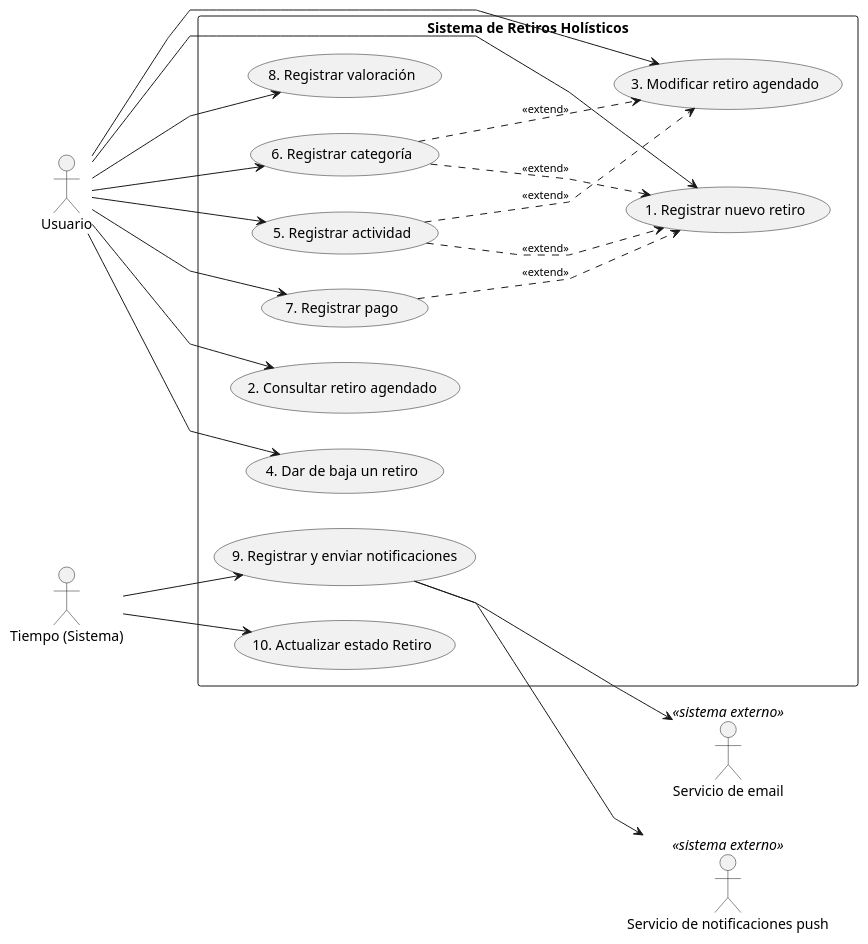
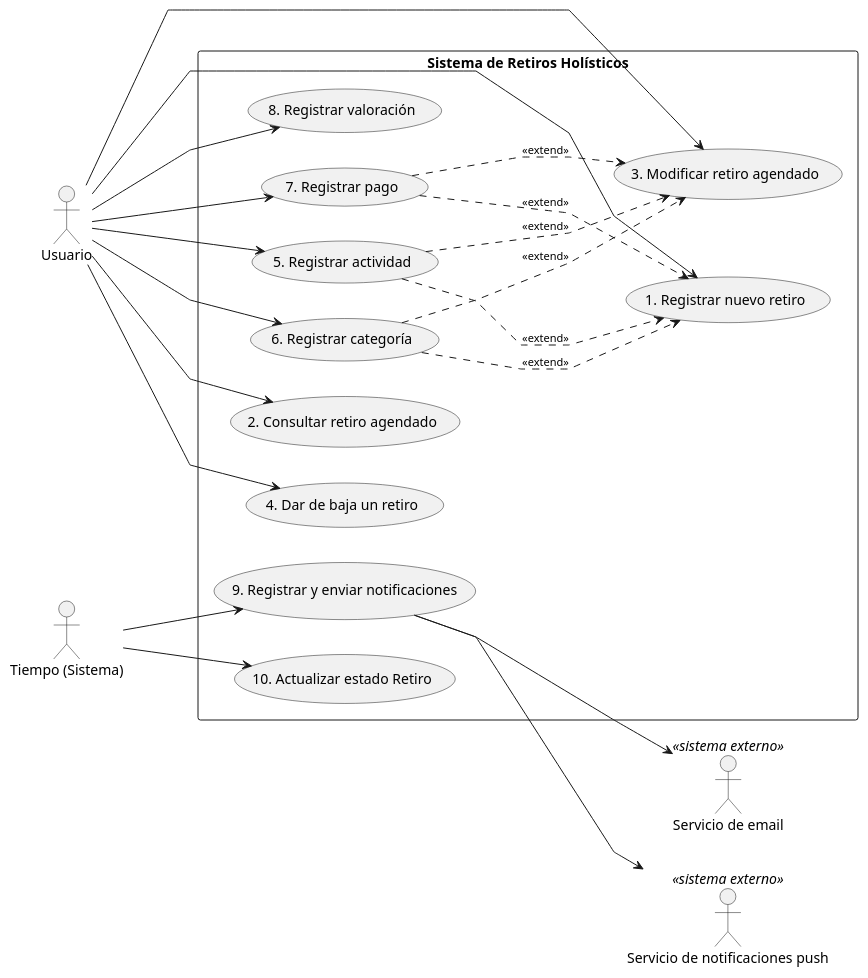
The diagram in Entrega Final/diagramaCU.puml (agustinborg-66/TPI-ASI---2026), drawn with PlantUML before and after one commit. The commit also changed 2 other files, not shown here.

```diff
--- a/Entrega Final/diagramaCU.puml
+++ b/Entrega Final/diagramaCU.puml
@@ -1,50 +1,51 @@
 @startuml
 left to right direction
 skinparam shadowing false
 skinparam packageStyle rectangle
 skinparam linetype polyline
 skinparam nodesep 35
 skinparam ranksep 90
 skinparam ArrowFontSize 11
 
 actor Usuario as U
 actor "Tiempo (Sistema)" as T
 actor "Servicio de notificaciones push" as PUSH <<sistema externo>>
 actor "Servicio de email" as MAIL <<sistema externo>>
 
 rectangle "Sistema de Retiros Holísticos" {
   usecase "1. Registrar nuevo retiro"    as UC1
   usecase "2. Consultar retiro agendado" as UC2
   usecase "3. Modificar retiro agendado" as UC3
   usecase "4. Dar de baja un retiro"     as UC4
   usecase "8. Registrar valoración"      as UC8
 
   usecase "5. Registrar actividad" as UC5
   usecase "6. Registrar categoría" as UC6
   usecase "7. Registrar pago"      as UC7
 
   usecase "9. Registrar y enviar notificaciones" as UC9
   usecase "10. Actualizar estado Retiro"         as UC10
 }
 
 U --> UC1
 U --> UC2
 U --> UC3
 U --> UC4
 U --> UC8
 U --> UC5
 U --> UC6
 U --> UC7
 
 UC5 .down.> UC1 : <<extend>>
 UC5 .down.> UC3 : <<extend>>
 UC6 .down.> UC1 : <<extend>>
 UC6 .down.> UC3 : <<extend>>
 UC7 .down.> UC1 : <<extend>>
+UC7 .down.> UC3 : <<extend>>
 
 T --> UC9
 T --> UC10
 
 UC9 --> PUSH
 UC9 --> MAIL
 @enduml
```
